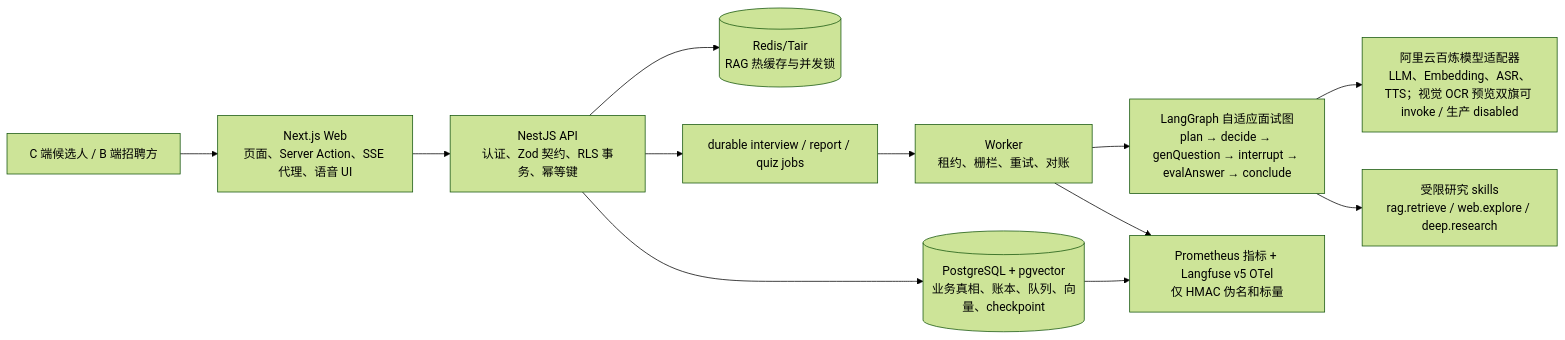
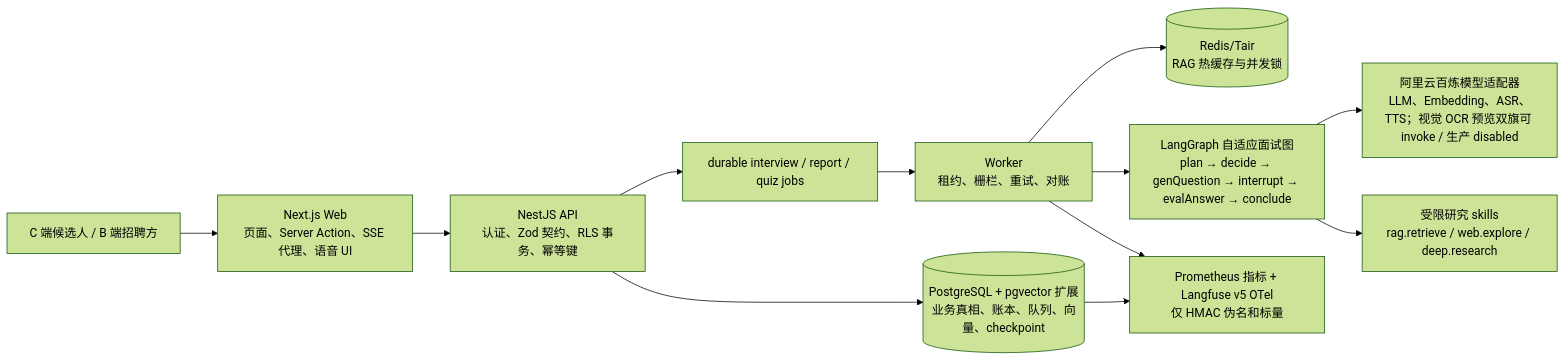
The diagram in ai-docs/architecture/current-runtime-truth.md (miaole/meetwise), drawn with Mermaid (forest theme) before and after one commit. The commit also changed other lines of this file and 9 other files, not shown here.

````diff
--- a/ai-docs/architecture/current-runtime-truth.md
+++ b/ai-docs/architecture/current-runtime-truth.md
@@ -96,14 +96,14 @@
 ```mermaid
 flowchart LR
   U["C 端候选人 / B 端招聘方"] --> W["Next.js Web\n页面、Server Action、SSE 代理、语音 UI"]
   W --> A["NestJS API\n认证、Zod 契约、RLS 事务、幂等键"]
-  A --> P[("PostgreSQL + pgvector\n业务真相、账本、队列、向量、checkpoint")]
-  A --> R[("Redis/Tair\nRAG 热缓存与并发锁")]
+  A --> P[("PostgreSQL + pgvector 扩展\n业务真相、账本、队列、向量、checkpoint")]
   A --> Q["durable interview / report / quiz jobs"]
   Q --> K["Worker\n租约、栅栏、重试、对账"]
+  K --> R[("Redis/Tair\nRAG 热缓存与并发锁")]
   K --> G["LangGraph 自适应面试图\nplan → decide → genQuestion → interrupt → evalAnswer → conclude"]
   G --> M["阿里云百炼模型适配器\nLLM、Embedding、ASR、TTS；视觉 OCR 预览双旗可 invoke / 生产 disabled"]
   G --> S["受限研究 skills\nrag.retrieve / web.explore / deep.research"]
   K --> O["Prometheus 指标 + Langfuse v5 OTel\n仅 HMAC 伪名和标量"]
   P --> O
 ```
````
